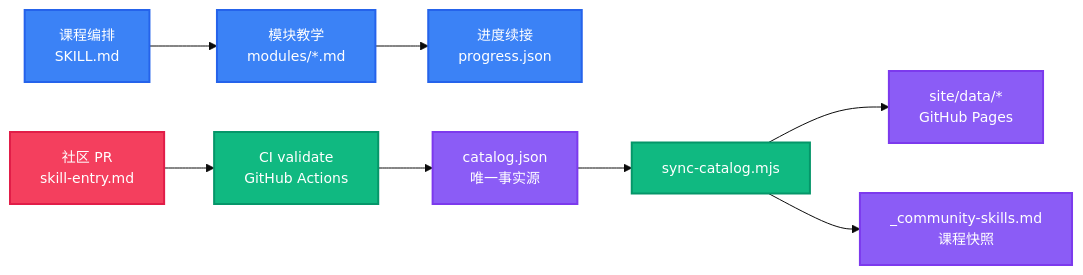
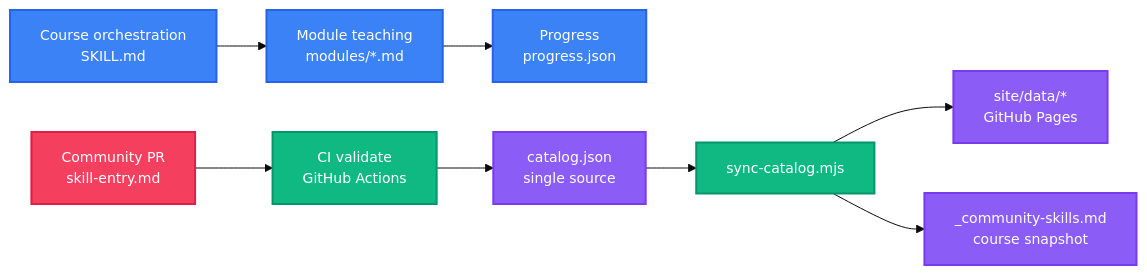
One commit to wangflyfly/Claude-Code-Assistant changed the diagram in README.md. Above: the diagram before and after it, drawn with Mermaid. The commit also changed other lines of this file and 4 other files, not shown here.

````diff
--- a/README.md
+++ b/README.md
@@ -97,21 +99,21 @@
 ```mermaid
 %%{init: {'theme': 'base', 'themeVariables': {'fontSize': '14px'}}}%%
 graph LR
-    A[课程编排<br/>SKILL.md] --> B[模块教学<br/>modules/*.md]
-    B --> C[进度续接<br/>progress.json]
-    D[catalog.json<br/>唯一事实源] --> E[sync-catalog.mjs]
+    A[Course orchestration<br/>SKILL.md] --> B[Module teaching<br/>modules/*.md]
+    B --> C[Progress<br/>progress.json]
+    D[catalog.json<br/>single source] --> E[sync-catalog.mjs]
     E --> F[site/data/*<br/>GitHub Pages]
-    E --> G[_community-skills.md<br/>课程快照]
-    H[社区 PR<br/>skill-entry.md] --> I[CI validate<br/>GitHub Actions]
+    E --> G[_community-skills.md<br/>course snapshot]
+    H[Community PR<br/>skill-entry.md] --> I[CI validate<br/>GitHub Actions]
     I --> D
 
     classDef client fill:#3B82F6,stroke:#2563EB,color:#fff,stroke-width:2px
     classDef service fill:#10B981,stroke:#059669,color:#fff,stroke-width:2px
     classDef data fill:#8B5CF6,stroke:#7C3AED,color:#fff,stroke-width:2px
     classDef external fill:#F43F5E,stroke:#E11D48,color:#fff,stroke-width:2px
 
     class A,B,C client
     class D,F,G data
     class E,I service
     class H external
 ```
````
